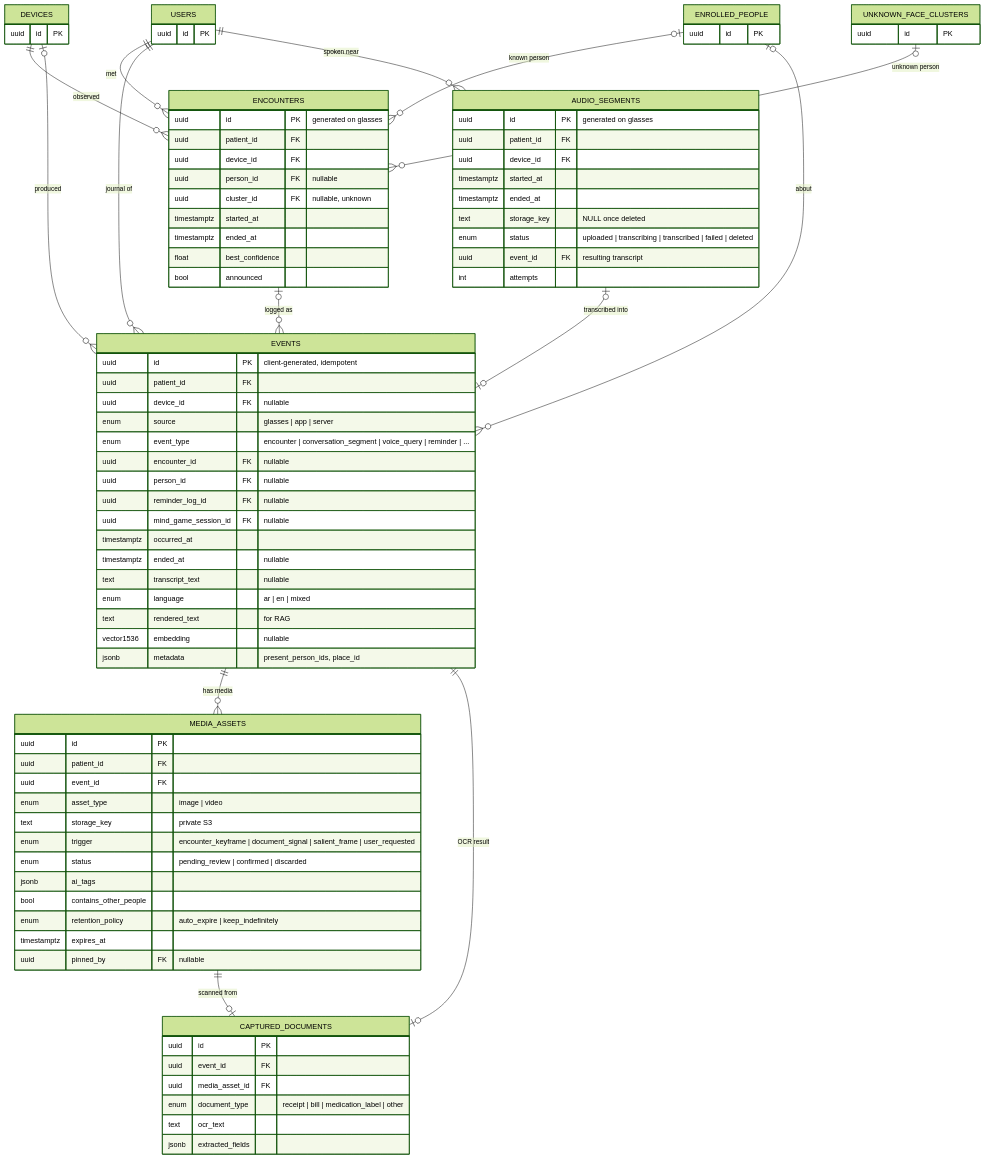
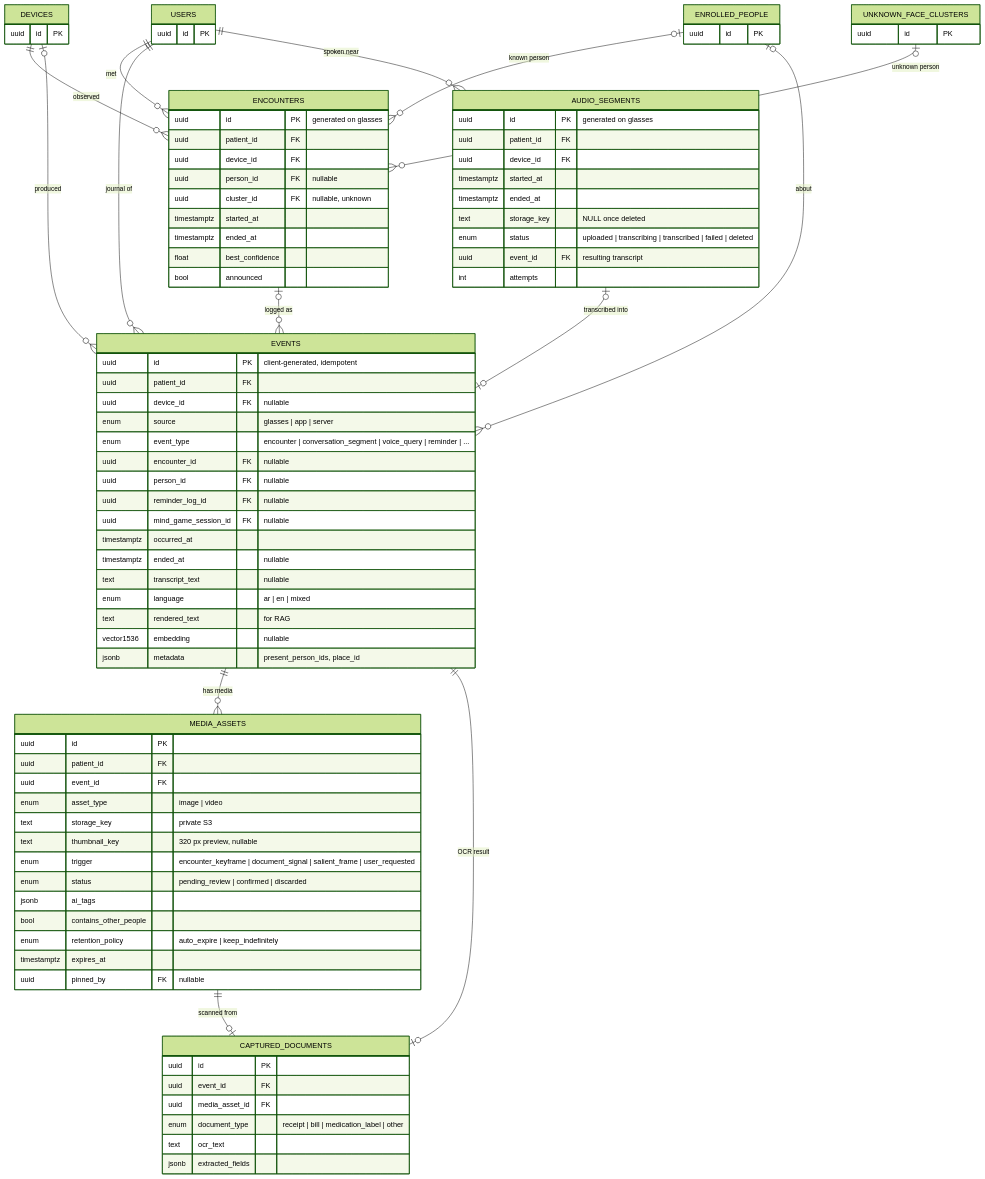
The second of 3 diagrams in docs/diagrams/02-database-erd.md (AhmedMostafaDev12/Graduation_project_2), drawn with Mermaid (forest theme) before and after one commit. The commit also changed other lines of this file and 2 other files, not shown here.

Commit message:
docs: thumbnails in spec, contract, ERD and plan; Supabase at 0004

```diff
--- a/docs/diagrams/02-database-erd.md
+++ b/docs/diagrams/02-database-erd.md
@@ -203,6 +204,7 @@
         uuid event_id FK
         enum asset_type "image | video"
         text storage_key "private S3"
+        text thumbnail_key "320 px preview, nullable"
         enum trigger "encounter_keyframe | document_signal | salient_frame | user_requested"
         enum status "pending_review | confirmed | discarded"
         jsonb ai_tags
```
